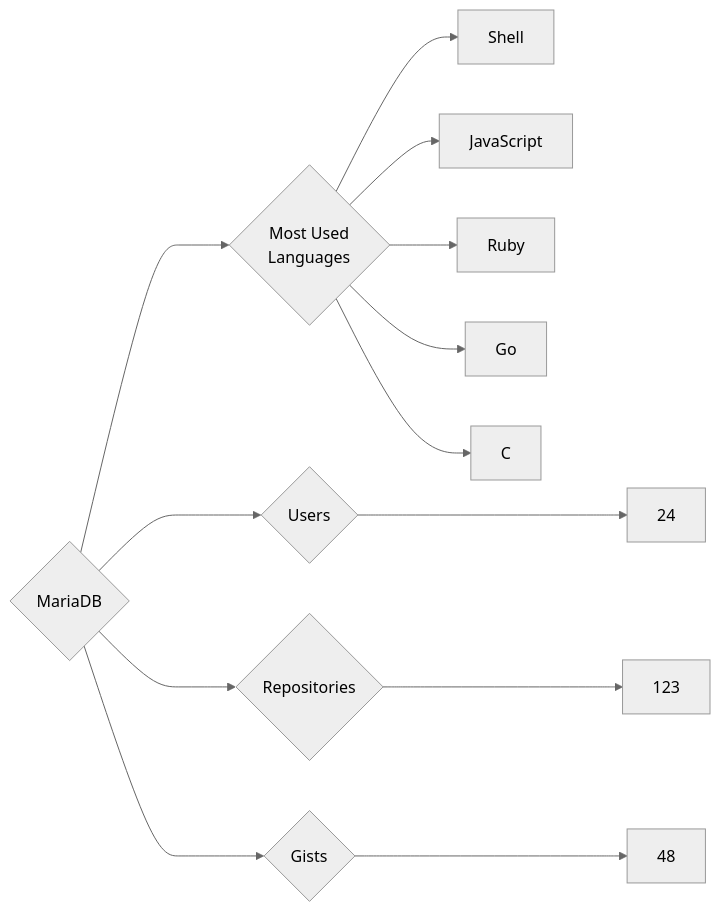
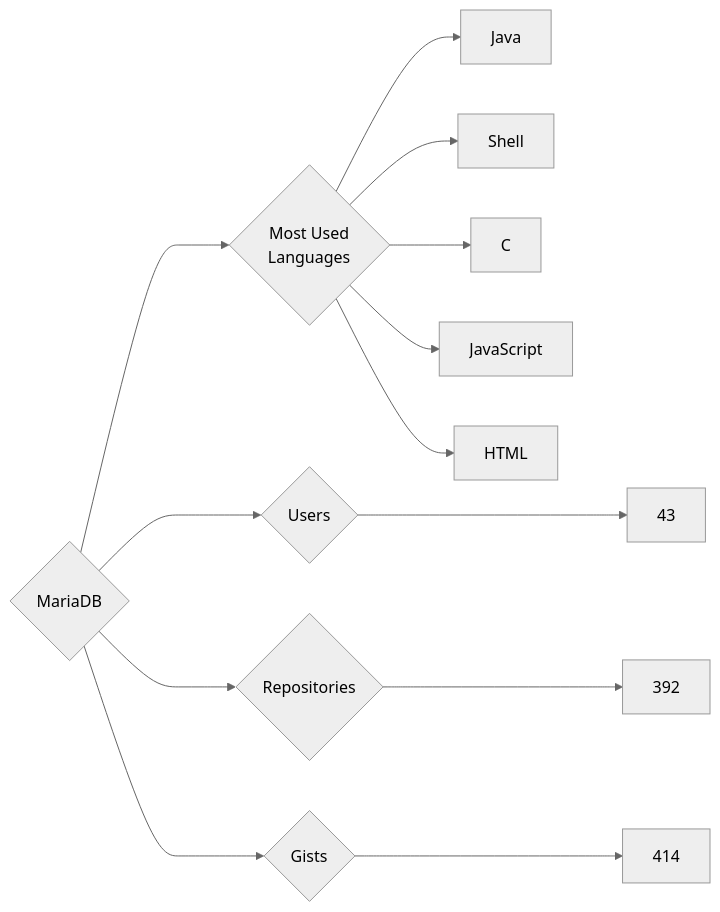
Before and after one commit to trickest/insiders: the diagram in targets/MariaDB/README.md, drawn with Mermaid (neutral theme). The commit also changed 796 other files, not shown here.

````diff
--- a/targets/MariaDB/README.md
+++ b/targets/MariaDB/README.md
@@ -3,13 +3,13 @@
 ```mermaid
 graph LR
 COMPANY_NAME{MariaDB}
-COMPANY_NAME ---> U{Users} ---> UN[24]
-COMPANY_NAME ---> R{Repositories} ---> RN[123]
-COMPANY_NAME ---> G{Gists} ---> GN[48]
+COMPANY_NAME ---> U{Users} ---> UN[43]
+COMPANY_NAME ---> R{Repositories} ---> RN[392]
+COMPANY_NAME ---> G{Gists} ---> GN[414]
 COMPANY_NAME ---> ML{Most Used<br>Languages}
+ML --> Java[Java]
 ML --> Shell[Shell]
+ML --> C[C]
 ML --> JavaScript[JavaScript]
-ML --> Ruby[Ruby]
-ML --> Go[Go]
-ML --> C[C]
+ML --> HTML[HTML]
 ```
````
